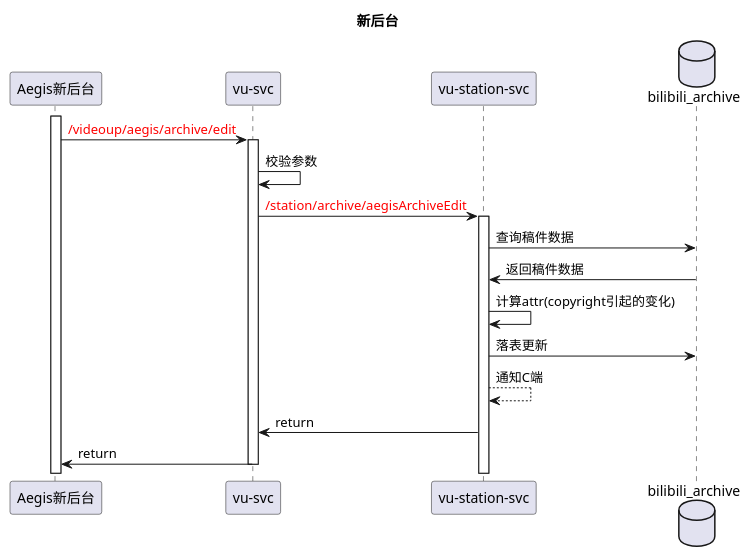
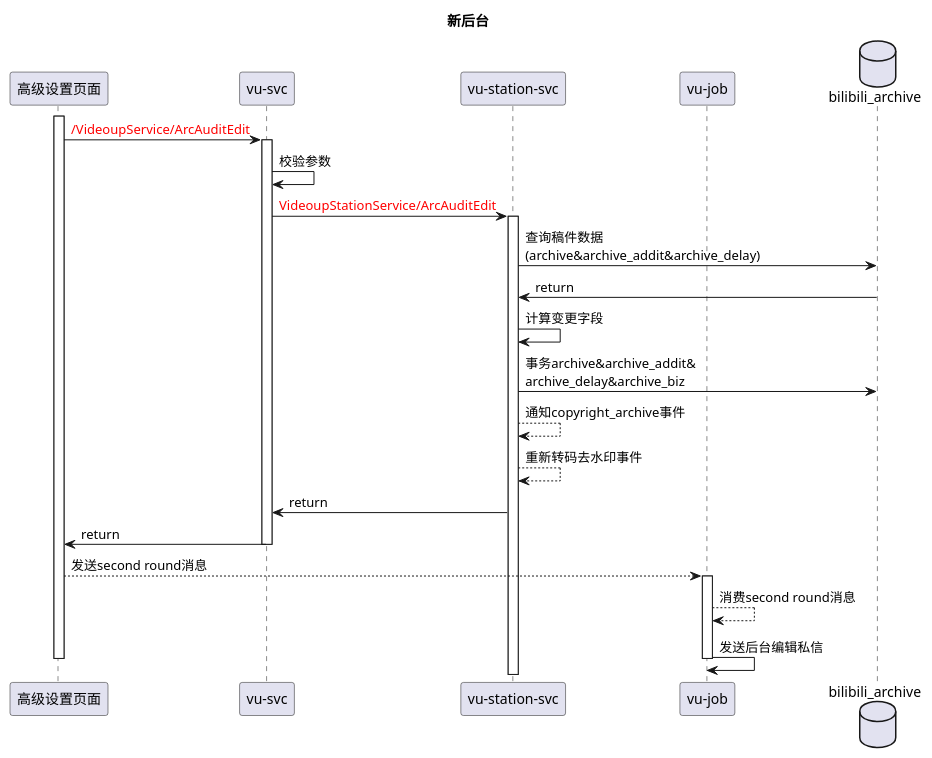
One commit to Allen9012/InfiniteGolang changed the diagram in plantuml/audit_edit_ageis.puml. Above: the diagram before and after it, drawn with PlantUML. The commit also changed 4 other files, not shown here.

```diff
--- a/plantuml/audit_edit_ageis.puml
+++ b/plantuml/audit_edit_ageis.puml
@@ -1,27 +1,35 @@
 @startuml
 'https://plantuml.com/sequence-diagram
 
 title 新后台
 
-participant Aegis as "Aegis新后台"
+participant Aegis as "高级设置页面"
 participant VuSvc as "vu-svc"
 participant VuStationSvc as "vu-station-svc"
+participant VuJob as "vu-job"
 database "bilibili_archive" as db
 
 activate Aegis
-Aegis -> VuSvc:  <color:red>/videoup/aegis/archive/edit</color>
+Aegis -> VuSvc:  <color:red>/VideoupService/ArcAuditEdit</color>
 activate VuSvc
 VuSvc->VuSvc: 校验参数
-VuSvc -> VuStationSvc: <color:red>/station/archive/aegisArchiveEdit</color>
+VuSvc -> VuStationSvc: <color:red>VideoupStationService/ArcAuditEdit</color>
 
 activate VuStationSvc
-VuStationSvc->db:查询稿件数据
-db->VuStationSvc:返回稿件数据
-VuStationSvc->VuStationSvc:计算attr(copyright引起的变化)
-VuStationSvc->db:落表更新
-VuStationSvc-->VuStationSvc:通知C端
+VuStationSvc->db:查询稿件数据\n(archive&archive_addit&archive_delay)
+db->VuStationSvc:return
+VuStationSvc->VuStationSvc:计算变更字段
+VuStationSvc->db:事务archive&archive_addit&\narchive_delay&archive_biz
+VuStationSvc-->VuStationSvc:通知copyright_archive事件
+VuStationSvc-->VuStationSvc:重新转码去水印事件
 VuStationSvc->VuSvc:return
 VuSvc->Aegis:return
 deactivate VuSvc
-deactivate
+
+Aegis-->VuJob:发送second round消息
+activate VuJob
+VuJob-->VuJob:消费second round消息
+VuJob->VuJob:发送后台编辑私信
+deactivate VuJob
+deactivate Aegis
 @enduml
```
